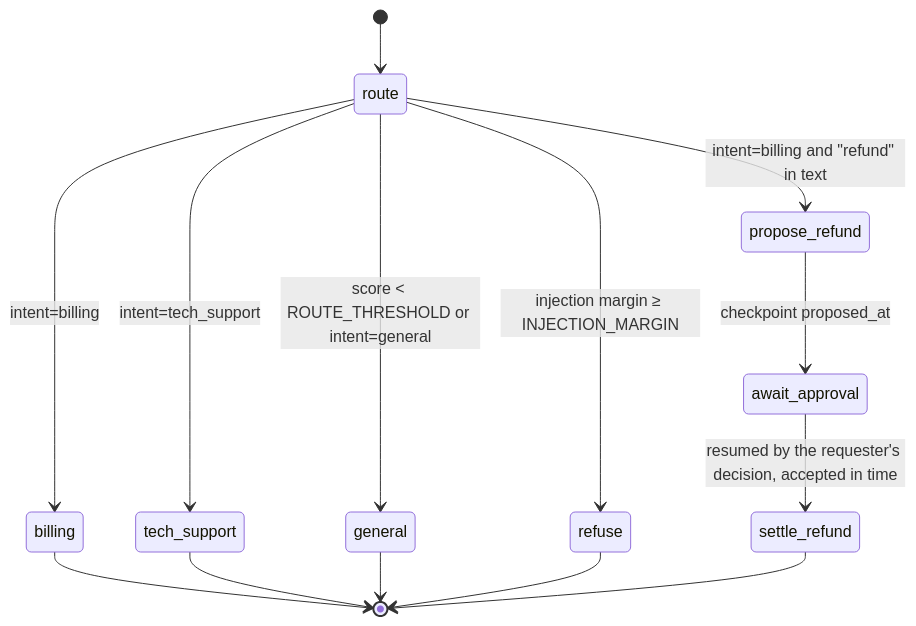
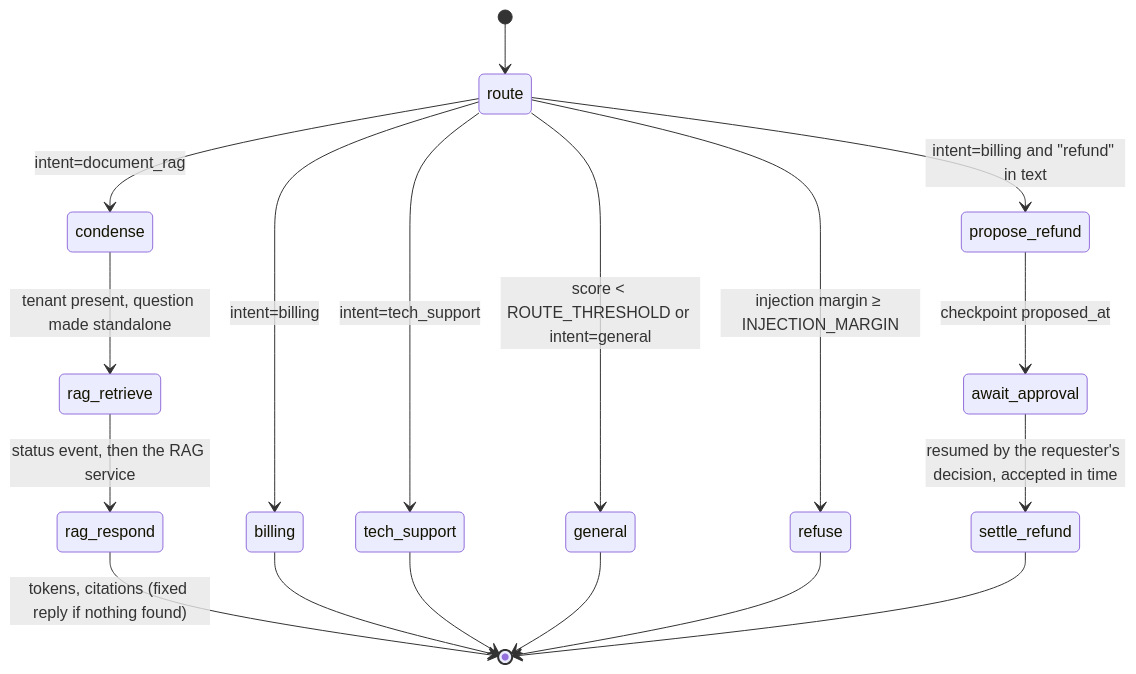
The fourth of 6 diagrams in docs/architecture/LLD.md (jayakumar-devaraj/enterprise-agentic-event-driven-chatbot), drawn with Mermaid before and after one commit. The commit also changed other lines of this file and 5 other files, not shown here.

First line of the commit message:
Document the RAG integration: ADR 0010, HLD, LLD, README, limitations

````diff
--- a/docs/architecture/LLD.md
+++ b/docs/architecture/LLD.md
@@ -127,16 +129,20 @@
 ```mermaid
 stateDiagram-v2
   [*] --> route
   route --> refuse: injection margin ≥ INJECTION_MARGIN
   route --> propose_refund: intent=billing and "refund" in text
   propose_refund --> await_approval: checkpoint proposed_at
   route --> billing: intent=billing
   route --> tech_support: intent=tech_support
   route --> general: score < ROUTE_THRESHOLD or intent=general
+  route --> condense: intent=document_rag
+  condense --> rag_retrieve: tenant present, question made standalone
+  rag_retrieve --> rag_respond: status event, then the RAG service
+  rag_respond --> [*]: tokens, citations (fixed reply if nothing found)
   await_approval --> settle_refund: resumed by the requester's decision, accepted in time
   billing --> [*]
   tech_support --> [*]
   general --> [*]
   refuse --> [*]
   settle_refund --> [*]
 ```
````
